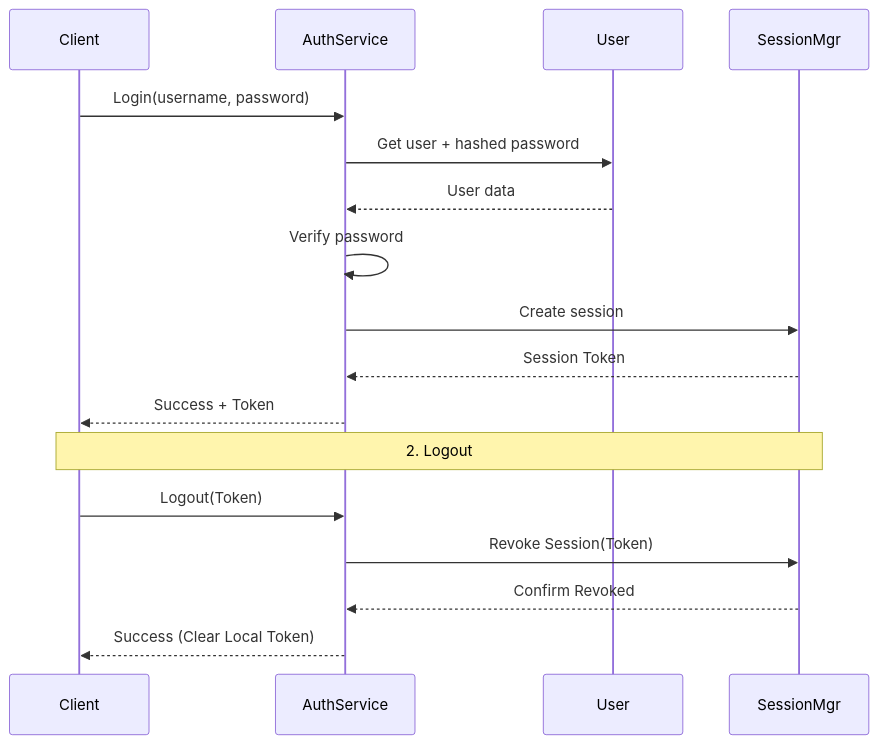
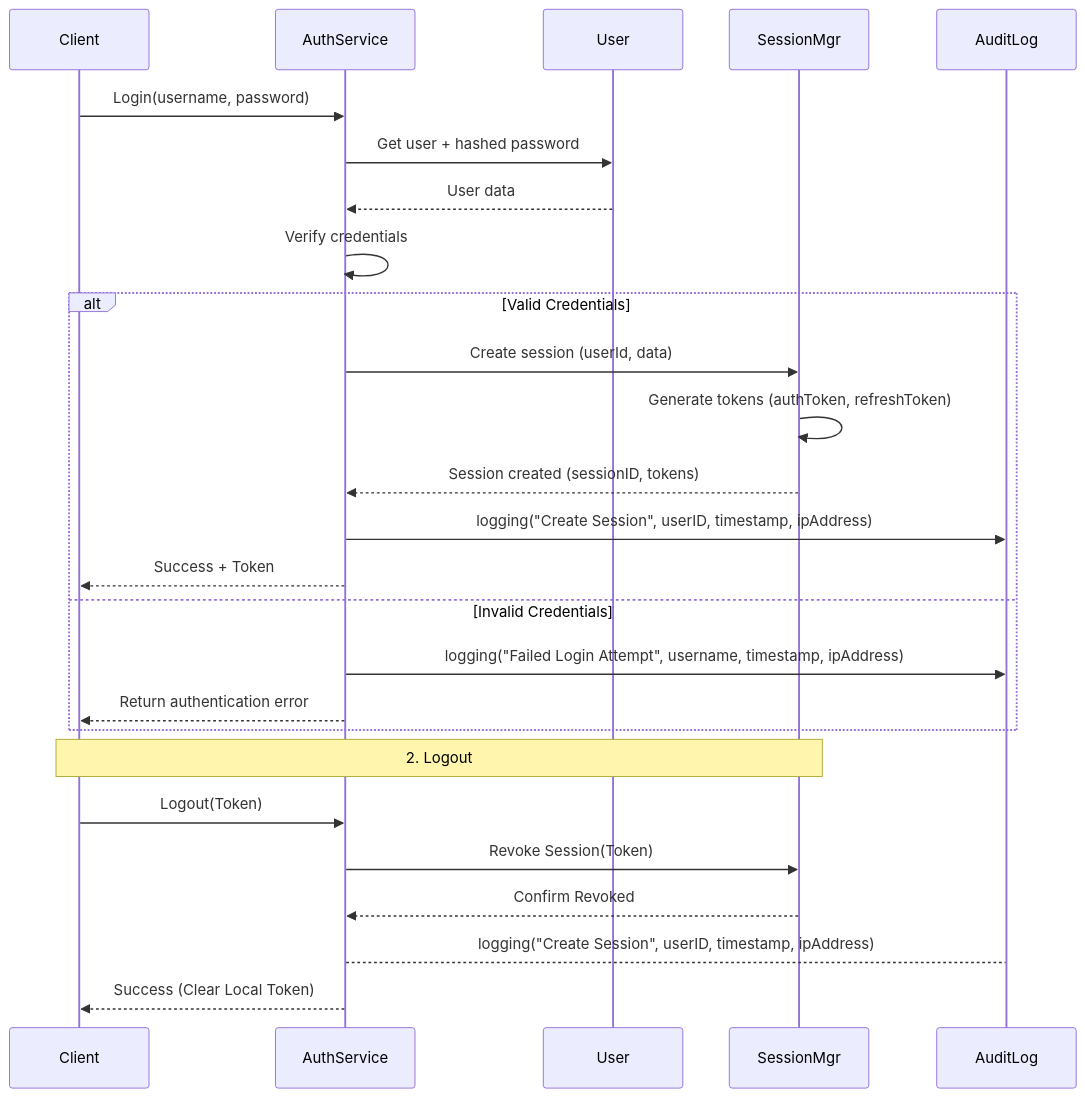
Before and after one commit to FhuAnn/-bbv-AN-s-DBMS: the diagram in sequences/user-access-and-security/authentication/login-and-logout.se.md, drawn with Mermaid. The commit also changed 7 other files, not shown here.

````diff
--- a/sequences/user-access-and-security/authentication/login-and-logout.se.md
+++ b/sequences/user-access-and-security/authentication/login-and-logout.se.md
@@ -1,20 +1,30 @@
 ```mermaid
 sequenceDiagram
     participant Client
     participant AuthService
     participant User
     participant SessionMgr
+    participant AuditLog
+
     Client->>AuthService: Login(username, password)
     AuthService->>User: Get user + hashed password
     User-->>AuthService: User data
-    AuthService->>AuthService: Verify password
-    AuthService->>SessionMgr: Create session
-    SessionMgr-->>AuthService: Session Token
+    AuthService->>AuthService: Verify credentials
+     alt Valid Credentials
+    AuthService->>SessionMgr: Create session (userId, data)
+     SessionMgr ->> SessionMgr: Generate tokens (authToken, refreshToken)
+        SessionMgr -->> AuthService: Session created (sessionID, tokens)
+    AuthService ->> AuditLog: logging("Create Session", userID, timestamp, ipAddress)
+
     AuthService-->>Client: Success + Token
-    
+ else Invalid Credentials
+        AuthService ->> AuditLog: logging("Failed Login Attempt", username, timestamp, ipAddress)
+        AuthService -->> Client: Return authentication error
+    end
     Note over Client, SessionMgr: 2. Logout
     Client->>AuthService: Logout(Token)
     AuthService->>SessionMgr: Revoke Session(Token)
     SessionMgr-->>AuthService: Confirm Revoked
+    AuthService-->AuditLog: logging("Create Session", userID, timestamp, ipAddress)
     AuthService-->>Client: Success (Clear Local Token)
 ```
````
